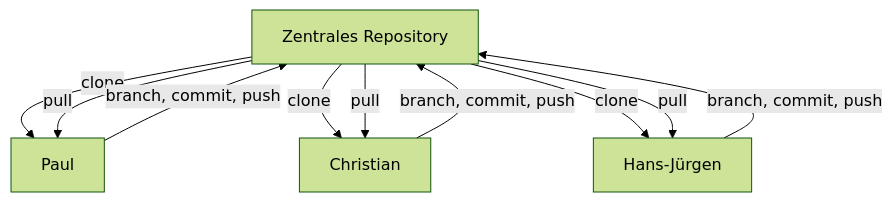
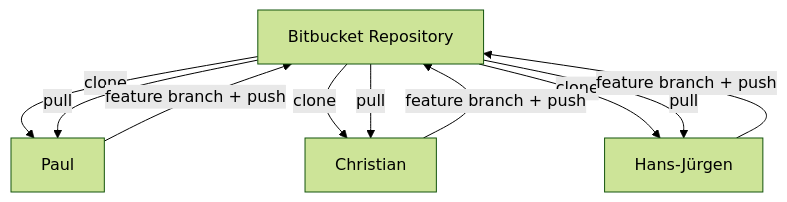
The diagram in Versionskontrolle mit Git.md (D3nn7/fiae-materialien), drawn with Mermaid (forest theme) before and after one commit. The commit also changed other lines of this file, not shown here.

````diff
--- a/Versionskontrolle mit Git.md
+++ b/Versionskontrolle mit Git.md
@@ -69,12 +277,12 @@
 ```mermaid
 graph TD
-    A[Zentrales Repository] -->|clone| P[Paul]
+    A[Bitbucket Repository] -->|clone| P[Paul]
     A -->|clone| C[Christian]
     A -->|clone| H[Hans-Jürgen]
-    P -->|branch, commit, push| A
-    C -->|branch, commit, push| A
-    H -->|branch, commit, push| A
+    P -->|feature branch + push| A
+    C -->|feature branch + push| A
+    H -->|feature branch + push| A
     A -->|pull| P
     A -->|pull| C
     A -->|pull| H
 ```
````
